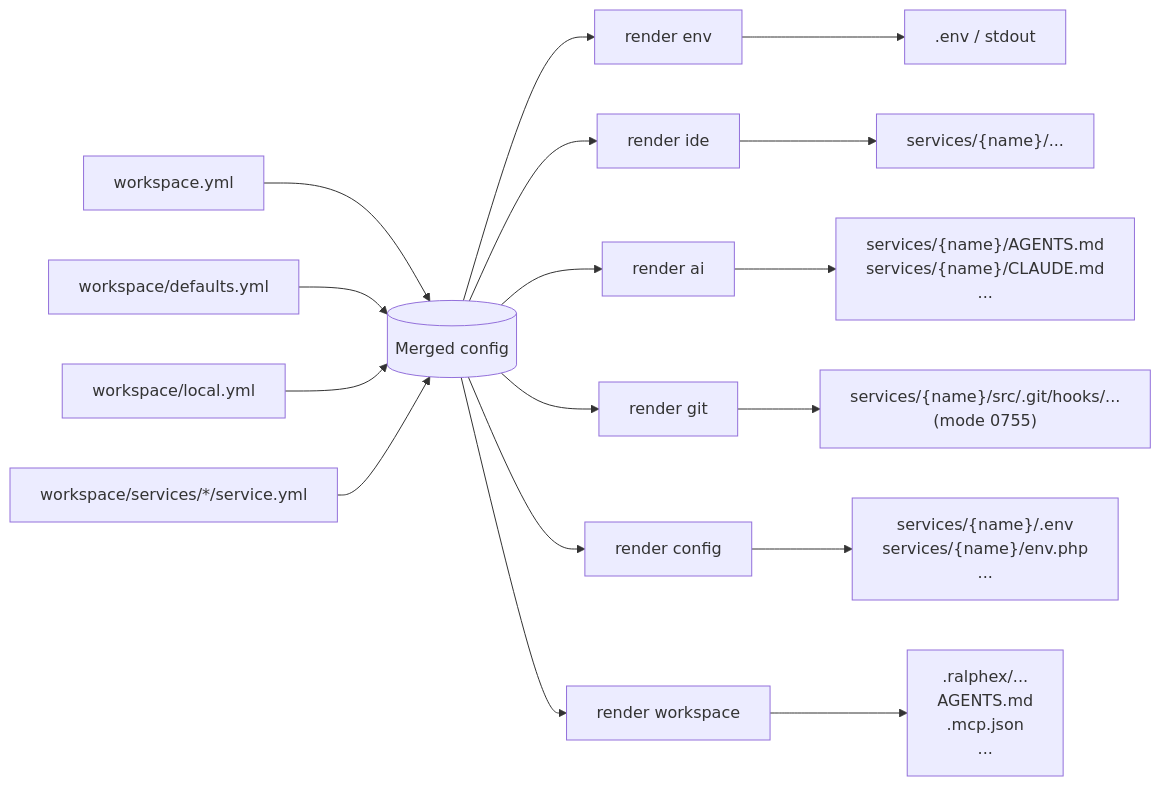
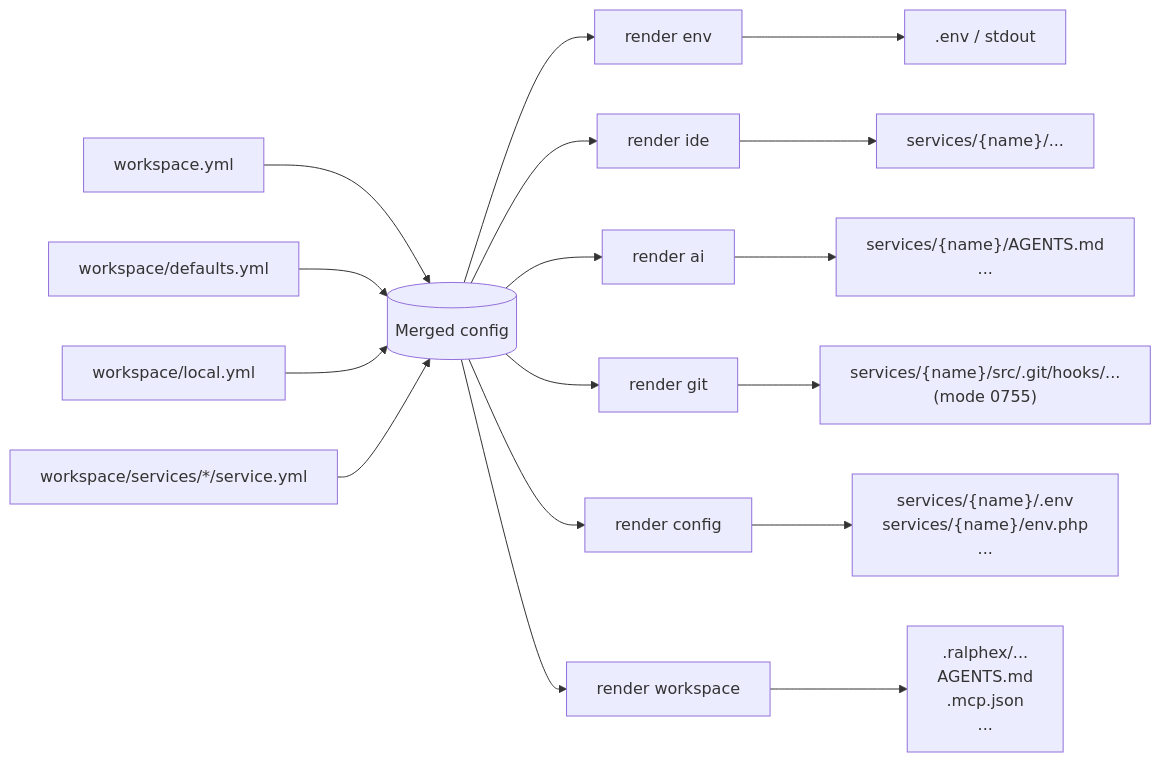
One commit to semsemyonoff/dwe changed the diagram in docs/reference/render/index.md. Above: the diagram before and after it, drawn with Mermaid. The commit also changed other lines of this file and 37 other files, not shown here.

Commit message:
fix(scaffold): stop creating CLAUDE.md; AGENTS.md is the single agent file

````diff
--- a/docs/reference/render/index.md
+++ b/docs/reference/render/index.md
@@ -30,22 +30,22 @@
 ```mermaid
 flowchart LR
   L1[workspace.yml] --> M
   L2[workspace/defaults.yml] --> M
   L3[workspace/local.yml] --> M
   S["workspace/services/*/service.yml"] --> M
   M[("Merged config")]
 
   M --> E[render env]
   M --> I[render ide]
   M --> A[render ai]
   M --> G[render git]
   M --> C[render config]
   M --> W[render workspace]
 
   E --> EOUT[".env / stdout"]
   I --> IOUT["services/{name}/..."]
-  A --> AOUT["services/{name}/AGENTS.md<br/>services/{name}/CLAUDE.md<br/>..."]
+  A --> AOUT["services/{name}/AGENTS.md<br/>..."]
   G --> GOUT["services/{name}/src/.git/hooks/...<br/>(mode 0755)"]
   C --> COUT["services/{name}/.env<br/>services/{name}/env.php<br/>..."]
   W --> WOUT[".ralphex/...<br/>AGENTS.md<br/>.mcp.json<br/>..."]
 ```
````
